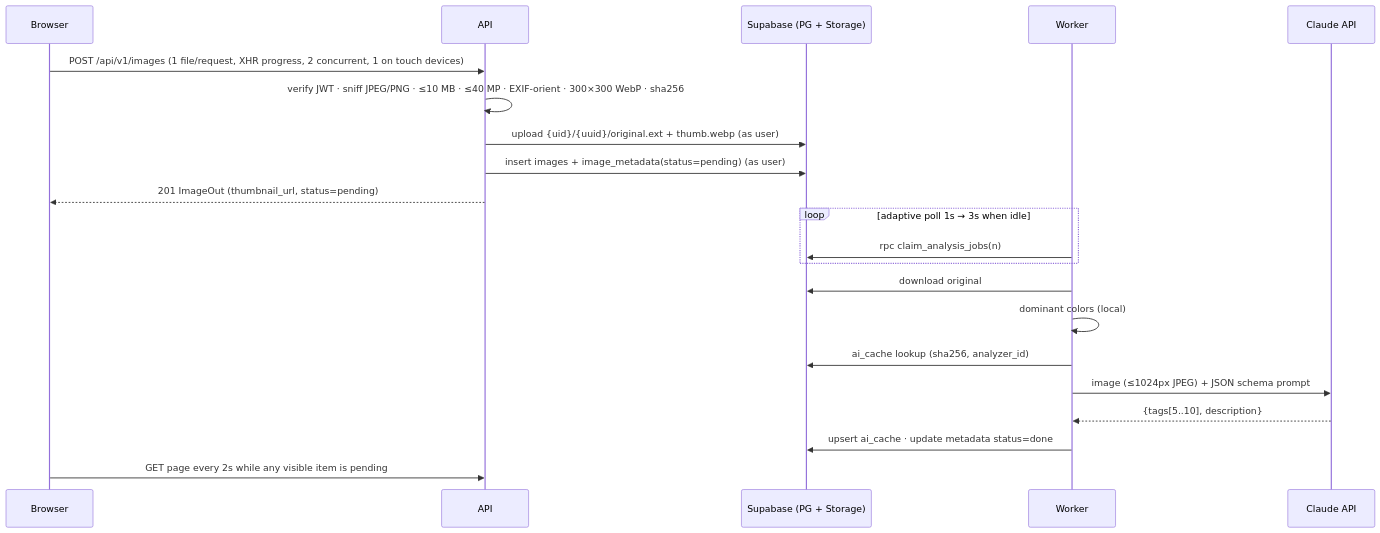
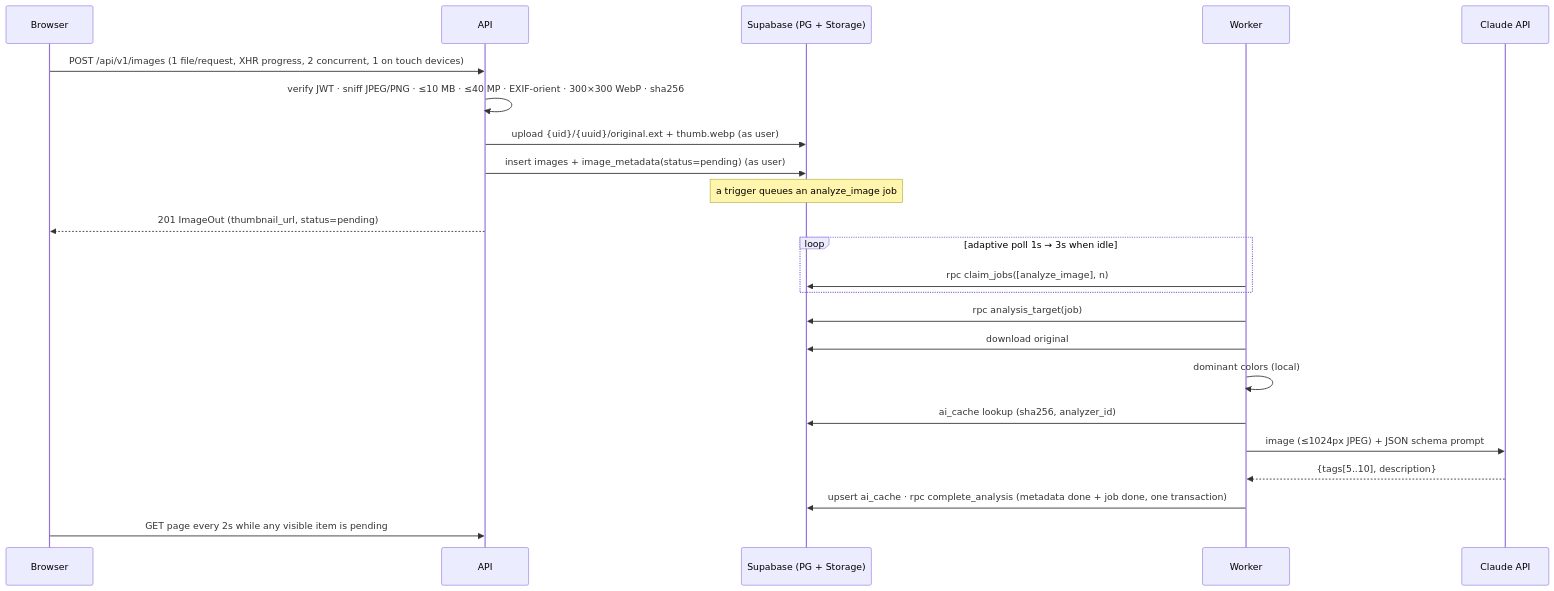
One commit to MHHukiewitz/ai-image-gallery changed the second of 2 diagrams in docs/architecture.md. Above: the diagram before and after it, drawn with Mermaid. The commit also changed other lines of this file, not shown here.

First line of the commit message:
docs(architecture): describe the generic jobs queue

````diff
--- a/docs/architecture.md
+++ b/docs/architecture.md
@@ -75,23 +75,25 @@
 ```mermaid
 sequenceDiagram
   participant B as Browser
   participant A as API
   participant S as Supabase (PG + Storage)
   participant W as Worker
   participant L as Claude API
   B->>A: POST /api/v1/images (1 file/request, XHR progress, 2 concurrent, 1 on touch devices)
   A->>A: verify JWT · sniff JPEG/PNG · ≤10 MB · ≤40 MP · EXIF-orient · 300×300 WebP · sha256
   A->>S: upload {uid}/{uuid}/original.ext + thumb.webp (as user)
   A->>S: insert images + image_metadata(status=pending) (as user)
+  Note over S: a trigger queues an analyze_image job
   A-->>B: 201 ImageOut (thumbnail_url, status=pending)
   loop adaptive poll 1s → 3s when idle
-    W->>S: rpc claim_analysis_jobs(n)
+    W->>S: rpc claim_jobs([analyze_image], n)
   end
+  W->>S: rpc analysis_target(job)
   W->>S: download original
   W->>W: dominant colors (local)
   W->>S: ai_cache lookup (sha256, analyzer_id)
   W->>L: image (≤1024px JPEG) + JSON schema prompt
   L-->>W: {tags[5..10], description}
-  W->>S: upsert ai_cache · update metadata status=done
+  W->>S: upsert ai_cache · rpc complete_analysis (metadata done + job done, one transaction)
   B->>A: GET page every 2s while any visible item is pending
 ```
````
